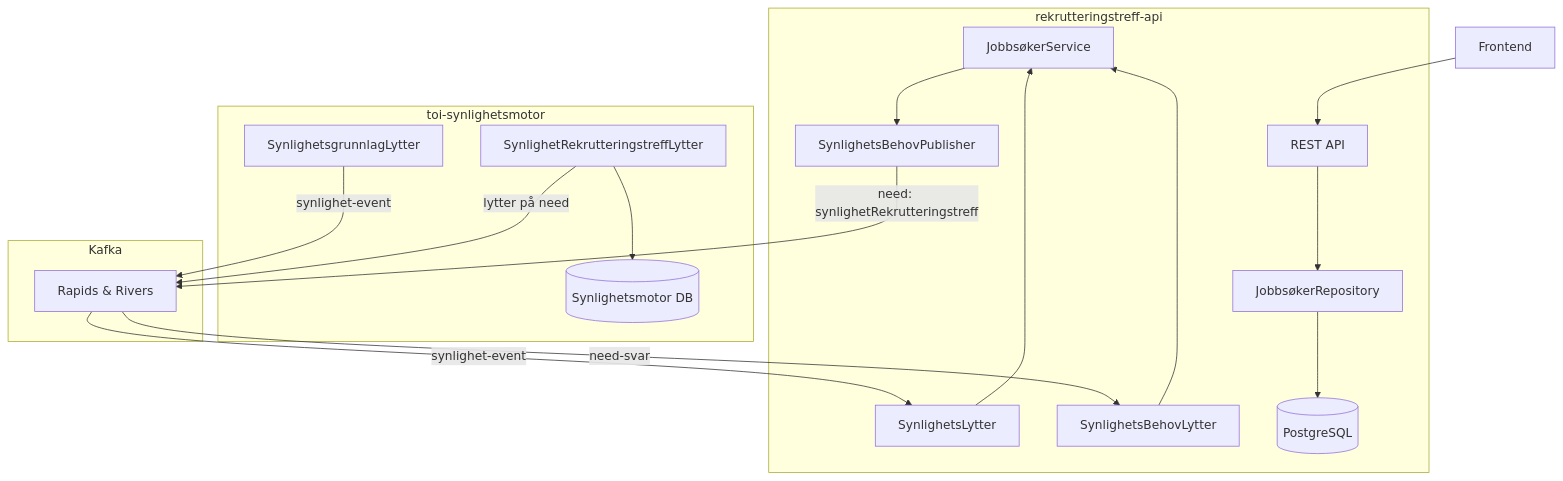
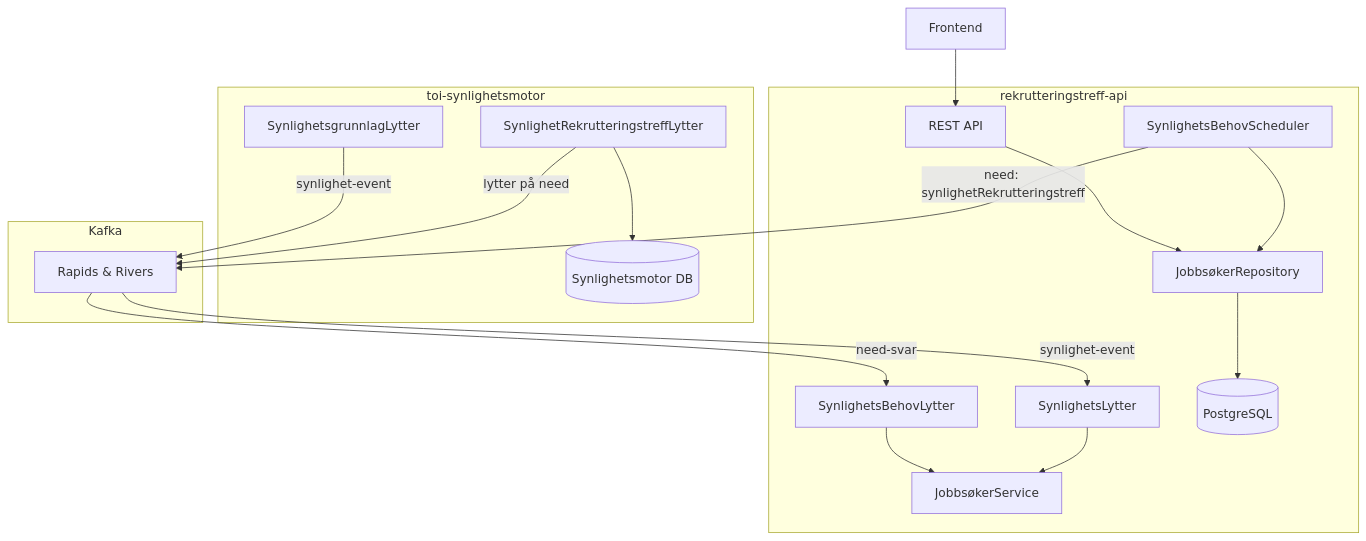
The first of 4 diagrams in apps/rekrutteringstreff-api/docs/synlighet.md (navikt/rekrutteringstreff-backend), drawn with Mermaid before and after one commit. The commit also changed other lines of this file and 9 other files, not shown here.

Commit message:
Bruk scheduler for å sende ut need

````diff
--- a/apps/rekrutteringstreff-api/docs/synlighet.md
+++ b/apps/rekrutteringstreff-api/docs/synlighet.md
@@ -11,38 +11,38 @@
 ```mermaid
 flowchart TB
     subgraph rekrutteringstreff-api
         API[REST API]
         JR[JobbsøkerRepository]
         JS[JobbsøkerService]
         SL[SynlighetsLytter]
         SBL[SynlighetsBehovLytter]
-        SBP[SynlighetsBehovPublisher]
+        SBS[SynlighetsBehovScheduler]
         DB[(PostgreSQL)]
     end
 
     subgraph toi-synlighetsmotor
         SRL[SynlighetRekrutteringstreffLytter]
         SGL[SynlighetsgrunnlagLytter]
         SMDB[(Synlighetsmotor DB)]
     end
 
     subgraph Kafka
         RAPID[Rapids & Rivers]
     end
 
     Frontend --> API
     API --> JR
     JR --> DB
-    JS --> SBP
+    SBS --> JR
 
-    SBP -->|need: synlighetRekrutteringstreff| RAPID
+    SBS -->|need: synlighetRekrutteringstreff| RAPID
     RAPID -->|need-svar| SBL
     SBL --> JS
 
     SGL -->|synlighet-event| RAPID
     RAPID -->|synlighet-event| SL
     SL --> JS
 
     SRL -->|lytter på need| RAPID
     SRL --> SMDB
 ```
````
